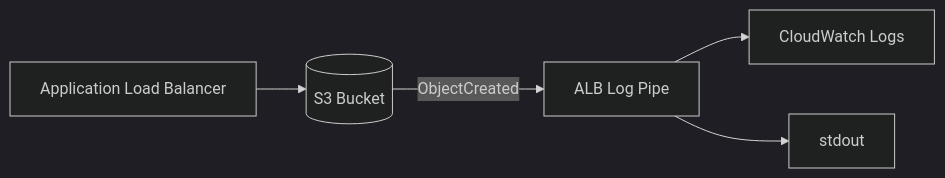
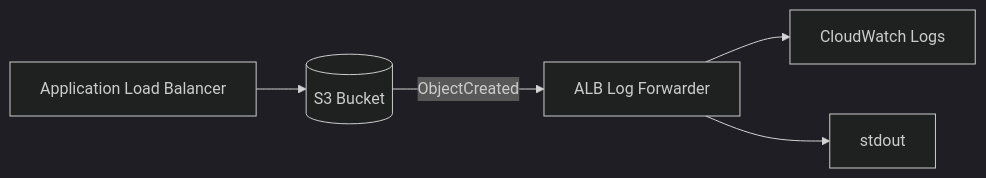
One commit to jdwit/aws-lb-log-forwarder changed the diagram in README.md. Above: the diagram before and after it, drawn with Mermaid (dark theme). The commit also changed other lines of this file and 10 other files, not shown here.

Commit message:
chore: rename alb-log-pipe to alb-log-forwarder

````diff
--- a/README.md
+++ b/README.md
@@ -5,7 +5,7 @@
 ```mermaid
 flowchart LR
     ALB[Application Load Balancer] --> S3[(S3 Bucket)]
-    S3 -->|ObjectCreated| Lambda[ALB Log Pipe]
+    S3 -->|ObjectCreated| Lambda[ALB Log Forwarder]
     Lambda --> CW[CloudWatch Logs]
     Lambda --> OUT[stdout]
 ```
````
